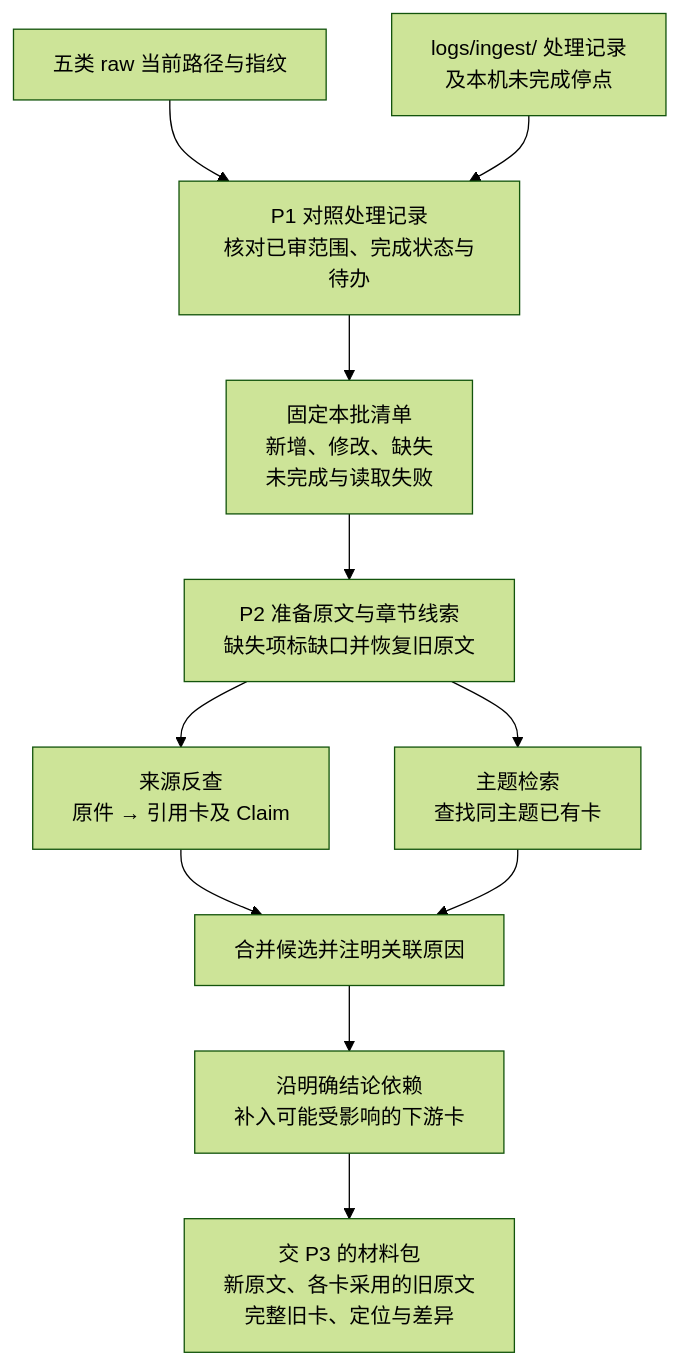
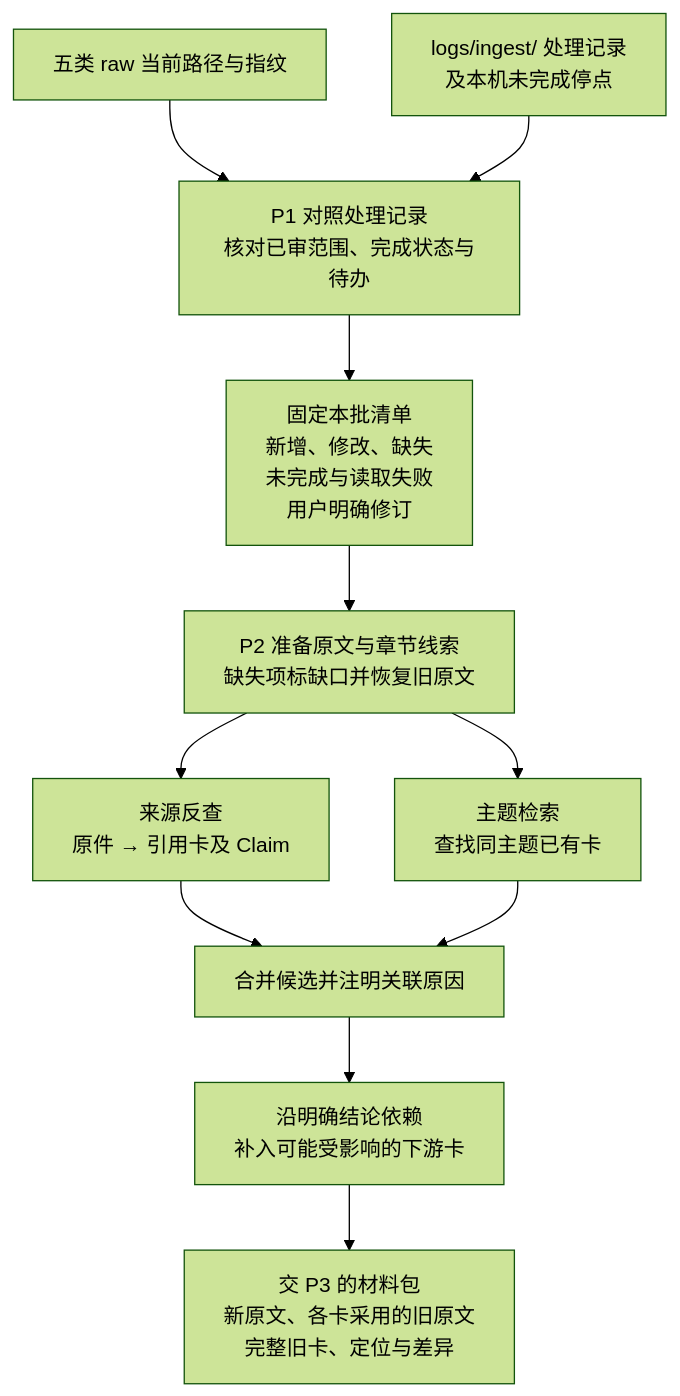
The tenth of 20 diagrams in aiotbot-knowledge-wifi-mp/docs-llm-wiki/知识库详细设计.md (Robin-hhc/FactumCore), drawn with Mermaid (forest theme) before and after one commit. The commit also changed other lines of this file and 115 other files, not shown here.

````diff
--- a/aiotbot-knowledge-wifi-mp/docs-llm-wiki/知识库详细设计.md
+++ b/aiotbot-knowledge-wifi-mp/docs-llm-wiki/知识库详细设计.md
@@ -422,13 +425,13 @@
 ```mermaid
 flowchart TD
     RAW["五类 raw 当前路径与指纹"] --> SCAN["P1 对照处理记录<br/>核对已审范围、完成状态与待办"]
     RECORD["logs/ingest/ 处理记录<br/>及本机未完成停点"] --> SCAN
-    SCAN --> LIST["固定本批清单<br/>新增、修改、缺失<br/>未完成与读取失败"]
+    SCAN --> LIST["固定本批清单<br/>新增、修改、缺失<br/>未完成与读取失败<br/>用户明确修订"]
     LIST --> CAPTURE["P2 准备原文与章节线索<br/>缺失项标缺口并恢复旧原文"]
     CAPTURE --> REF["来源反查<br/>原件 → 引用卡及 Claim"]
     CAPTURE --> SEARCH["主题检索<br/>查找同主题已有卡"]
     REF --> POOL["合并候选并注明关联原因"]
     SEARCH --> POOL
     POOL --> DEP["沿明确结论依赖<br/>补入可能受影响的下游卡"]
     DEP --> MAT["交 P3 的材料包<br/>新原文、各卡采用的旧原文<br/>完整旧卡、定位与差异"]
 ```
````
